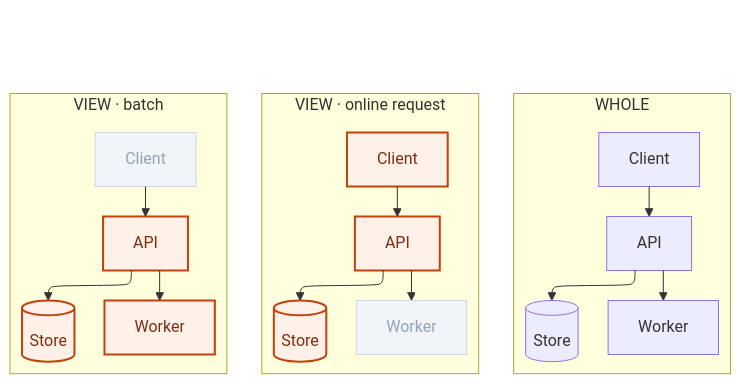
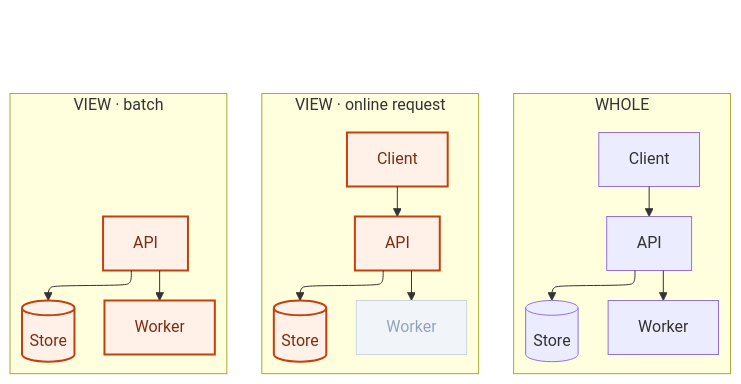
Before and after one commit to isnbh0/shared: the diagram in plugins/merbook/skills/multi-view/SKILL.md, drawn with Mermaid. The commit also changed other lines of this file and 1 other file, not shown here.

Commit message:
merbook: require identical union graph layout across multi-view views
Every view now renders the same union graph with the same layout; views
differ only by styling. Elements outside a view's lens (including nodes
that only exist in an "after" state) are kept in the graph and styled
hidden or grayed rather than omitted, added, or moved between boundaries.

Claude-Session: https://claude.ai/code/session_013kZNdsTrA4YRZf8YzjE361

````diff
--- a/plugins/merbook/skills/multi-view/SKILL.md
+++ b/plugins/merbook/skills/multi-view/SKILL.md
@@ -22,35 +22,38 @@
 ```mermaid
 ---
 config:
   layout: elk
 ---
 flowchart TB
     subgraph whole["WHOLE"]
         direction TB
         whole_root["Client"] --> w_api["API"]
         w_api --> w_store[("Store")]
         w_api --> w_worker["Worker"]
     end
     subgraph online["VIEW · online request"]
         direction TB
         online_root["Client"] --> o_api["API"]
         o_api --> o_store[("Store")]
         o_api --> o_worker["Worker"]
     end
     subgraph batch["VIEW · batch"]
         direction TB
         batch_root["Client"] --> b_api["API"]
         b_api --> b_store[("Store")]
         b_api --> b_worker["Worker"]
     end
     classDef focus fill:#fff1e8,stroke:#c2410c,color:#7c2d12,stroke-width:2px
     classDef context fill:#f1f5f9,stroke:#cbd5e1,color:#94a3b8
+    classDef hidden fill:transparent,stroke:transparent,color:transparent
     class online_root,o_api,o_store focus
     class b_api,b_worker,b_store focus
-    class o_worker,batch_root context
+    class o_worker context
+    class batch_root hidden
+    linkStyle 6 stroke:transparent
     order_anchor[" "]
     order_anchor ~~~ whole
     order_anchor ~~~ online
     order_anchor ~~~ batch
     style order_anchor opacity:0,fill:transparent,stroke:transparent
 ```
````
